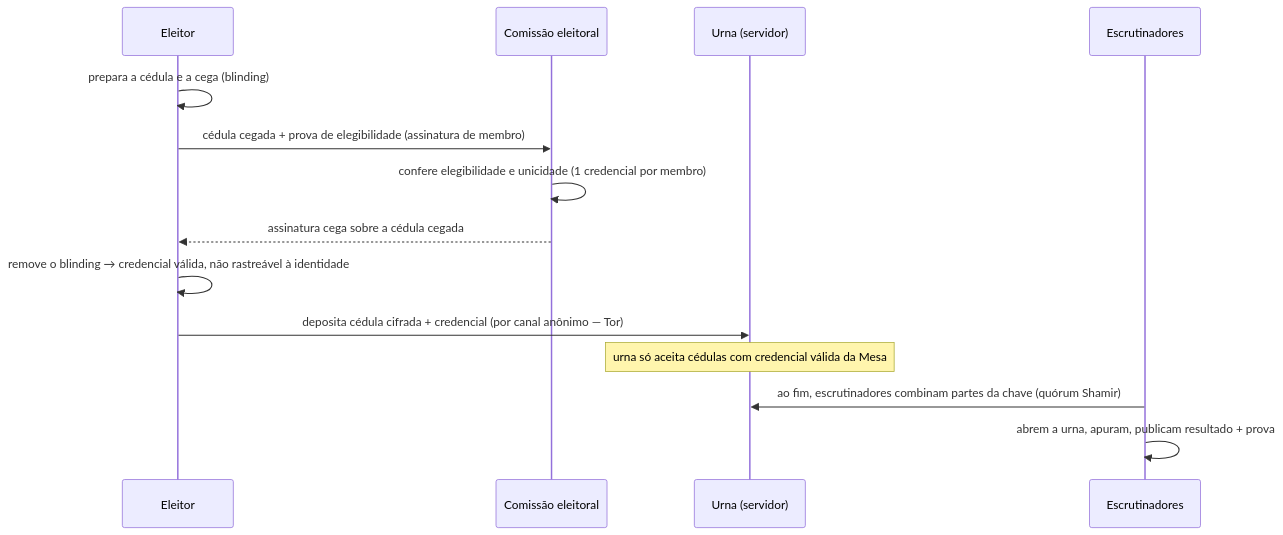
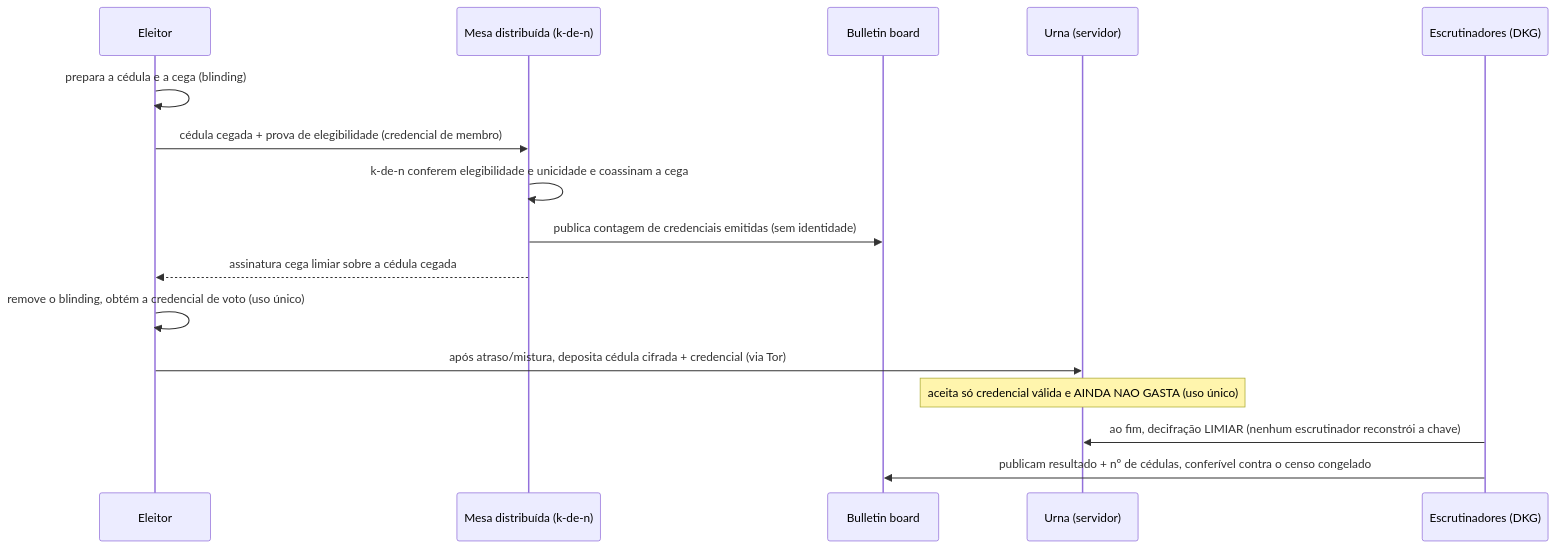
Before and after one commit to ricardod31/partido: the fourth of 4 diagrams in docs/03-arquitetura-criptografica.md, drawn with Mermaid. The commit also changed other lines of this file and 1 other file, not shown here.

````diff
--- a/docs/03-arquitetura-criptografica.md
+++ b/docs/03-arquitetura-criptografica.md
@@ -236,17 +247,19 @@
 ```mermaid
 sequenceDiagram
     participant El as Eleitor
-    participant Mesa as Comissão eleitoral
+    participant Mesa as Mesa distribuída (k-de-n)
+    participant BB as Bulletin board
     participant Urna as Urna (servidor)
-    participant Esc as Escrutinadores
+    participant Esc as Escrutinadores (DKG)
 
     El->>El: prepara a cédula e a cega (blinding)
-    El->>Mesa: cédula cegada + prova de elegibilidade (assinatura de membro)
-    Mesa->>Mesa: confere elegibilidade e unicidade (1 credencial por membro)
-    Mesa-->>El: assinatura cega sobre a cédula cegada
-    El->>El: remove o blinding → credencial válida, não rastreável à identidade
-    El->>Urna: deposita cédula cifrada + credencial (por canal anônimo — Tor)
-    Note over Urna: urna só aceita cédulas com credencial válida da Mesa
-    Esc->>Urna: ao fim, escrutinadores combinam partes da chave (quórum Shamir)
-    Esc->>Esc: abrem a urna, apuram, publicam resultado + prova
+    El->>Mesa: cédula cegada + prova de elegibilidade (credencial de membro)
+    Mesa->>Mesa: k-de-n conferem elegibilidade e unicidade e coassinam a cega
+    Mesa->>BB: publica contagem de credenciais emitidas (sem identidade)
+    Mesa-->>El: assinatura cega limiar sobre a cédula cegada
+    El->>El: remove o blinding, obtém a credencial de voto (uso único)
+    El->>Urna: após atraso/mistura, deposita cédula cifrada + credencial (via Tor)
+    Note over Urna: aceita só credencial válida e AINDA NAO GASTA (uso único)
+    Esc->>Urna: ao fim, decifração LIMIAR (nenhum escrutinador reconstrói a chave)
+    Esc->>BB: publicam resultado + nº de cédulas, conferível contra o censo congelado
 ```
````
